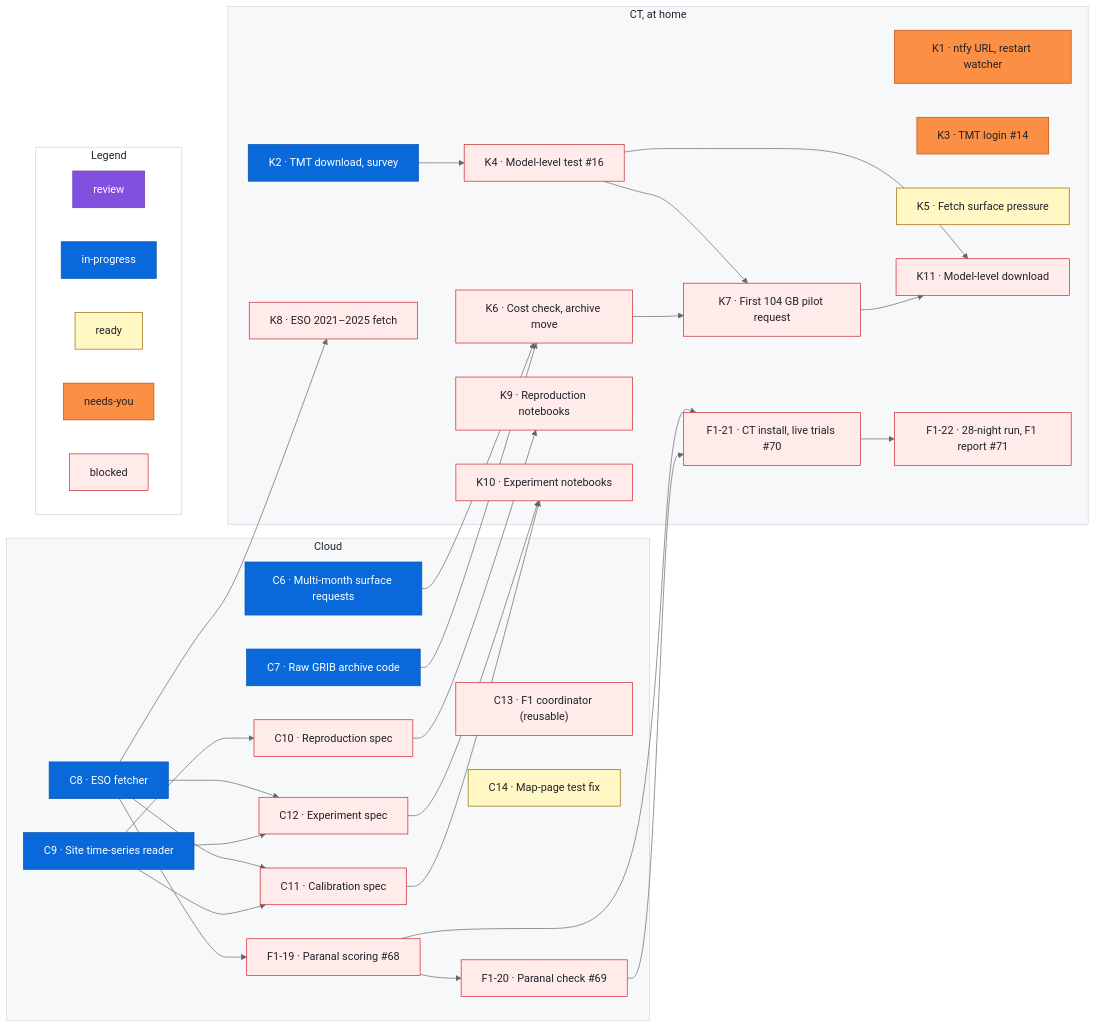
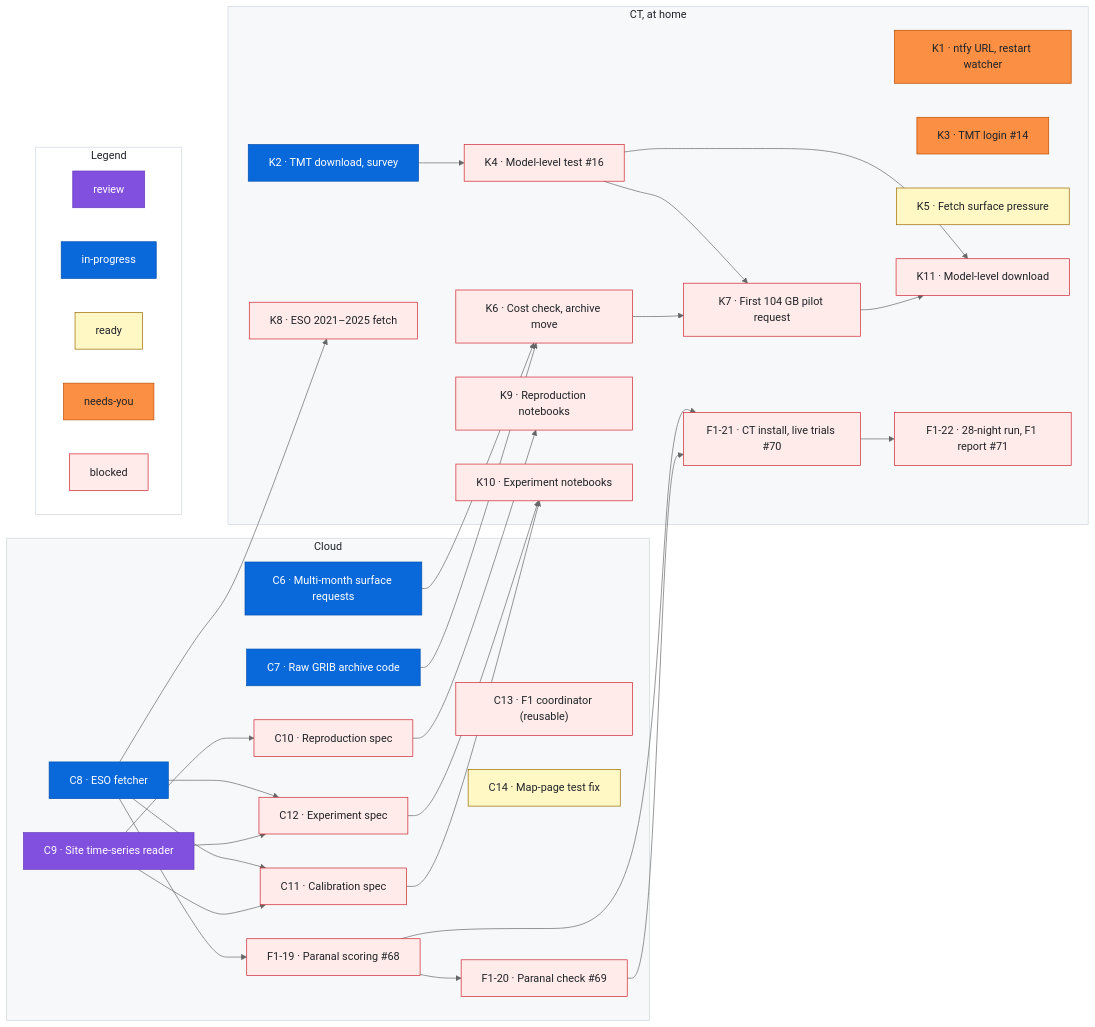
Before and after one commit to rrweller/Astro-seeing: the diagram in docs/roadmap.md, drawn with Mermaid (neutral theme). The commit also changed other lines of this file, not shown here.

Commit message:
roadmap: C9 in-progress → review
Claude-Session: https://claude.ai/code/session_01ECS9raEbMF88JmjZku4M7c

```diff
--- a/docs/roadmap.md
+++ b/docs/roadmap.md
@@ -142,7 +142,7 @@
   %% ---
   class C8 inprogress
   %% ---
-  class C9 inprogress
+  class C9 review
   %% ---
   class C10 blocked
   %% ---
```
